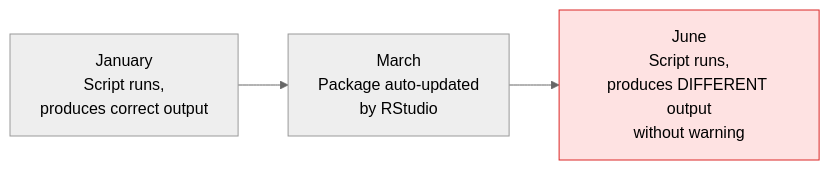
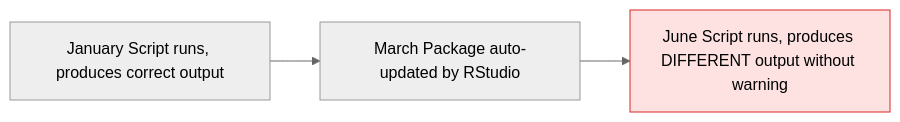
Before and after one commit to Ch3w3y/docker_gcp: the first of 3 diagrams in docs/case-for-change.md, drawn with Mermaid (neutral theme). The commit also changed 10 other files, not shown here.

First line of the commit message:
Fix mermaid diagram rendering: replace literal \n with spaces

````diff
--- a/docs/case-for-change.md
+++ b/docs/case-for-change.md
@@ -15,10 +15,10 @@
 ```mermaid
 flowchart LR
-    A["January\nScript runs,\nproduces correct output"]
-    B["March\nPackage auto-updated\nby RStudio"]
-    C["June\nScript runs,\nproduces DIFFERENT output\nwithout warning"]
+    A["January Script runs, produces correct output"]
+    B["March Package auto-updated by RStudio"]
+    C["June Script runs, produces DIFFERENT output without warning"]
 
     A --> B --> C
 
     style C fill:#fee2e2,stroke:#dc2626
 ```
````
